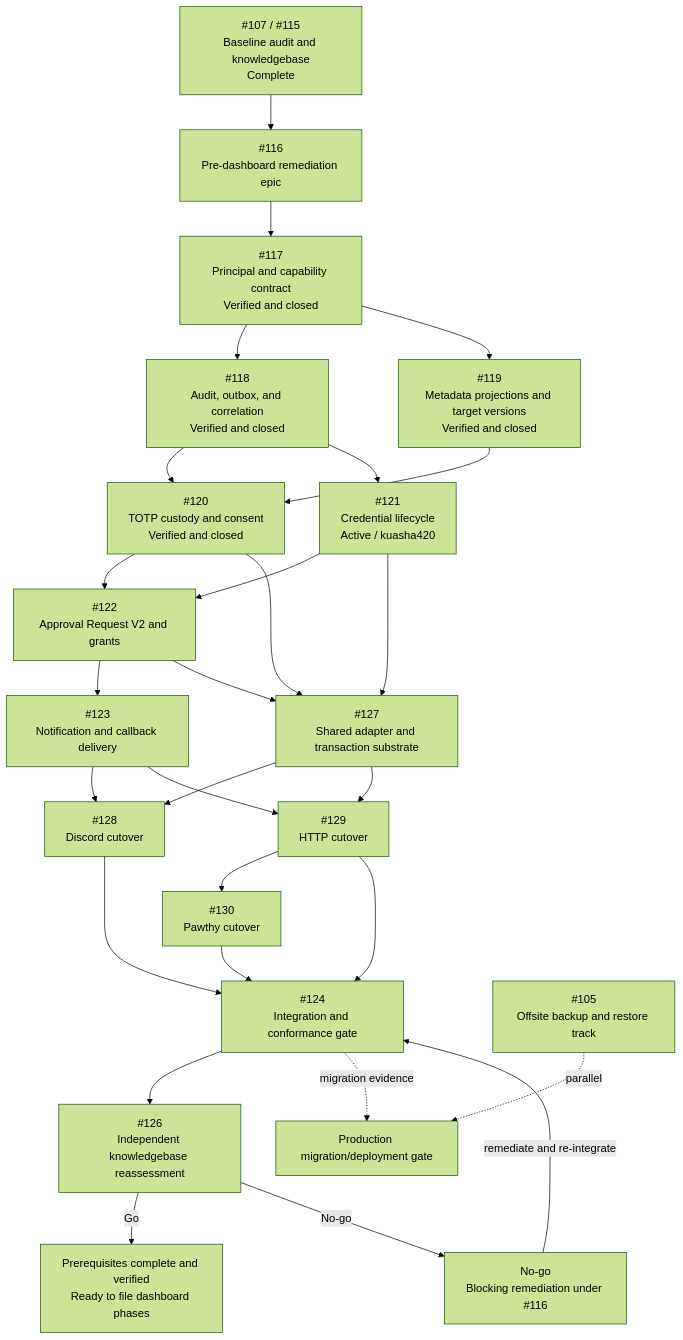
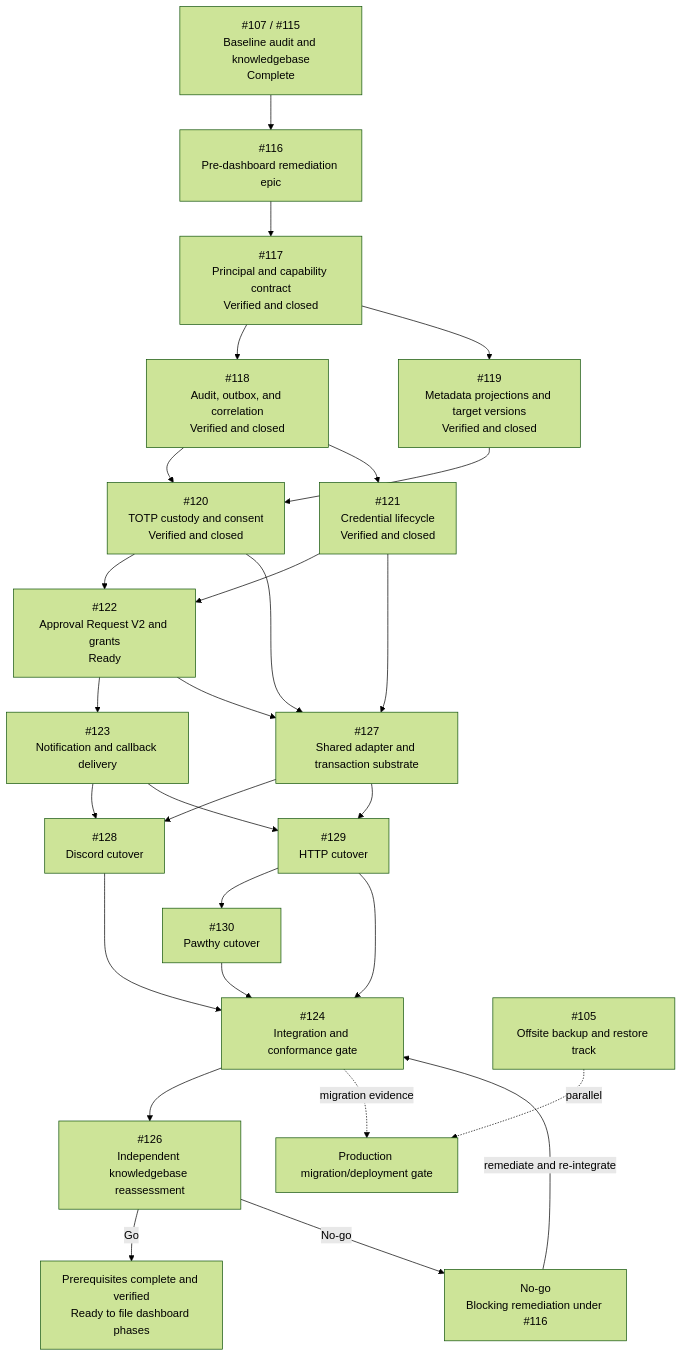
One commit to kuasha420/purrmission changed the diagram in docs/epics/rbac-prerequisite-execution-graph.md. Above: the diagram before and after it, drawn with Mermaid (forest theme). The commit also changed other lines of this file and 1 other file, not shown here.

Commit message:
docs(rbac): mark credential prerequisite verified

````diff
--- a/docs/epics/rbac-prerequisite-execution-graph.md
+++ b/docs/epics/rbac-prerequisite-execution-graph.md
@@ -77,50 +78,50 @@
 ```mermaid
 flowchart TD
   BASE["#107 / #115<br/>Baseline audit and knowledgebase<br/>Complete"]
   EPIC["#116<br/>Pre-dashboard remediation epic"]
   I117["#117<br/>Principal and capability contract<br/>Verified and closed"]
   I118["#118<br/>Audit, outbox, and correlation<br/>Verified and closed"]
   I119["#119<br/>Metadata projections and target versions<br/>Verified and closed"]
   I120["#120<br/>TOTP custody and consent<br/>Verified and closed"]
-  I121["#121<br/>Credential lifecycle<br/>Active / kuasha420"]
-  I122["#122<br/>Approval Request V2 and grants"]
+  I121["#121<br/>Credential lifecycle<br/>Verified and closed"]
+  I122["#122<br/>Approval Request V2 and grants<br/>Ready"]
   I123["#123<br/>Notification and callback delivery"]
   I127["#127<br/>Shared adapter and transaction substrate"]
   I128["#128<br/>Discord cutover"]
   I129["#129<br/>HTTP cutover"]
   I130["#130<br/>Pawthy cutover"]
   I124["#124<br/>Integration and conformance gate"]
   I126["#126<br/>Independent knowledgebase reassessment"]
   READY["Prerequisites complete and verified<br/>Ready to file dashboard phases"]
   NOGO["No-go<br/>Blocking remediation under #116"]
   I105["#105<br/>Offsite backup and restore track"]
   PROD["Production migration/deployment gate"]
 
   BASE --> EPIC
   EPIC --> I117
   I117 --> I118
   I117 --> I119
   I118 --> I120
   I119 --> I120
   I118 --> I121
   I120 --> I122
   I121 --> I122
   I122 --> I123
   I120 --> I127
   I121 --> I127
   I122 --> I127
   I123 --> I128
   I127 --> I128
   I123 --> I129
   I127 --> I129
   I129 --> I130
   I128 --> I124
   I129 --> I124
   I130 --> I124
   I124 --> I126
   I126 -->|Go| READY
   I126 -->|No-go| NOGO
   NOGO -->|remediate and re-integrate| I124
   I105 -. parallel .-> PROD
   I124 -. migration evidence .-> PROD
 ```
````
